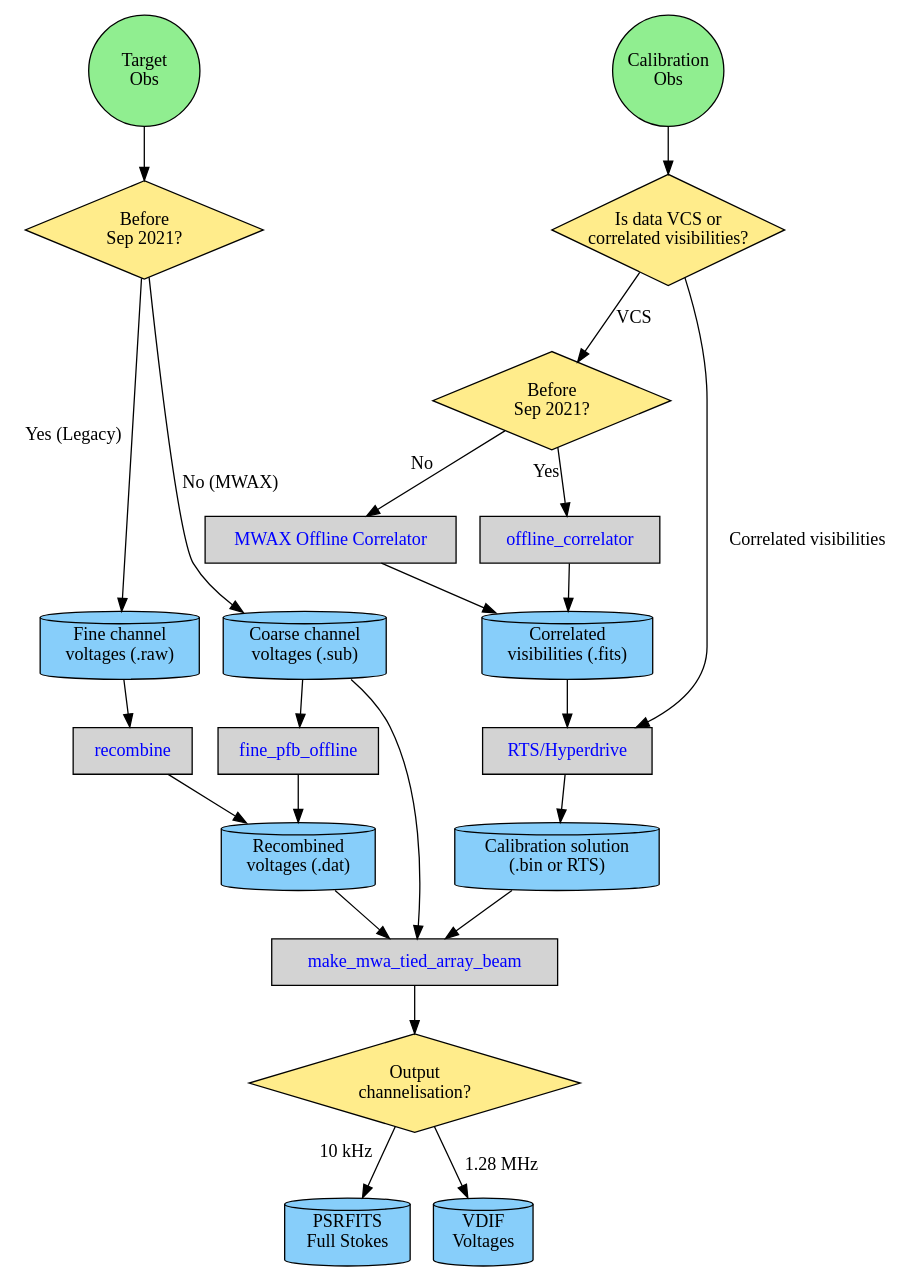
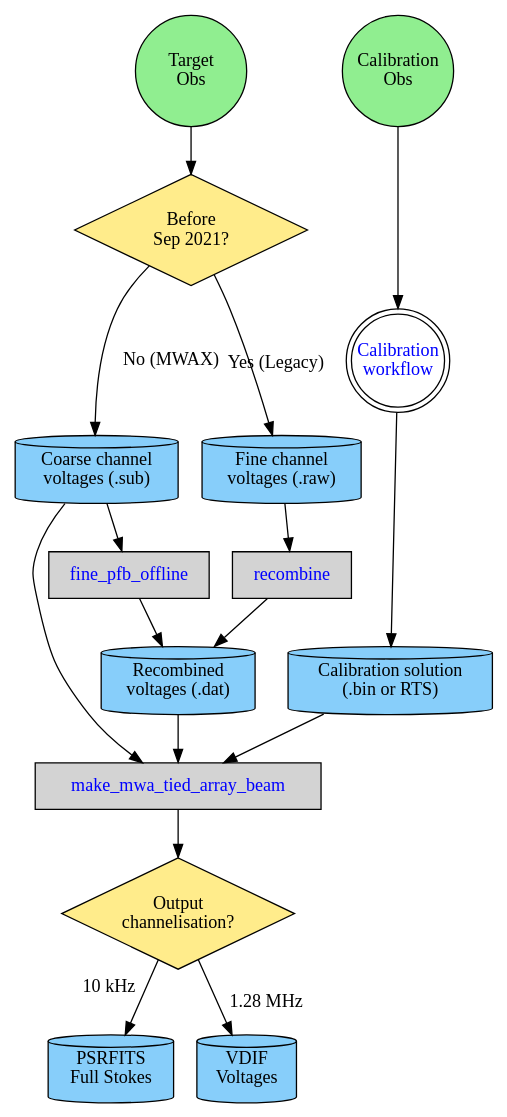
The diagram in doc/images/beamforming.dot (CIRA-Pulsars-and-Transients-Group/vcsbeam), drawn with Graphviz before and after one commit. The commit also changed 2 other files, not shown here.

Commit message:
Separated out the calibration pipeline to the calibration workflow page

```diff
--- a/doc/images/beamforming.dot
+++ b/doc/images/beamforming.dot
@@ -1,49 +1,37 @@
 digraph overview {
     node [ shape=cylinder, style="filled" ];
     //splines = curved;
 
     targetobs [ label="Target\nObs", shape=circle, fixedsize=true, width=1.2, fillcolor=lightgreen ];
     calobs [ label="Calibration\nObs", shape=circle, fixedsize=true, width=1.2, fillcolor=lightgreen ];
-    calvcs [ label="Is data VCS or\ncorrelated visibilities?", shape=diamond, fillcolor=lightgoldenrod1, fixedsize=true, width=2.5, height=1.2 ];
-    date [ label="Before\nSep 2021?", shape=diamond, fillcolor=lightgoldenrod1 ];
-    date2 [ label="Before\nSep 2021?", shape=diamond, fillcolor=lightgoldenrod1 ];
+    date [ label="Before\nSep 2021?", shape=diamond, fillcolor=lightgoldenrod1, fixedsize=true, width=2.5, height=1.2 ];
     raw [ label="Fine channel\nvoltages (.raw)", fillcolor=lightskyblue ];
     sub [ label="Coarse channel\nvoltages (.sub)", fillcolor=lightskyblue ];
     dat [ label="Recombined\nvoltages (.dat)", fillcolor=lightskyblue ];
-    vis [ label="Correlated\nvisibilities (.fits)", fillcolor=lightskyblue ];
-    outputchannelisation [ label="Output\nchannelisation?", shape=diamond, fillcolor=lightgoldenrod1 ];
+    outputchannelisation [ label="Output\nchannelisation?", shape=diamond, fillcolor=lightgoldenrod1, fixedsize=true, width=2.5, height=1.2 ];
     psrfits [ label="PSRFITS\nFull Stokes", fillcolor=lightskyblue ];
     vdif [ label="VDIF\nVoltages", fillcolor=lightskyblue ];
     calsol [ label="Calibration solution\n(.bin or RTS)", fillcolor=lightskyblue ];
     recombine [ label="recombine", shape=record, href="https://github.com/ICRAR/mwa-voltage.git", fontcolor=blue ];
     tiedarray [ label="make_mwa_tied_array_beam", shape=record, href="@ref applicationsmakemwatiedarraybeam", fontcolor=blue ];
-    rts [ label="RTS/Hyperdrive", shape=record, href="@ref usersguidecalibration", fontcolor=blue ];
     targetobs -> date;
     date -> raw [ xlabel="Yes (Legacy)" ];
     date -> sub [ label="No (MWAX)" ];
     sub -> tiedarray;
+    callink [ label="Calibration\nworkflow", shape=doublecircle, fillcolor=white, fixedsize=true, width=1.0, href="@ref usersguidecalibration", fontcolor=blue ];
 
     offlinepfb [ label="fine_pfb_offline", shape=record, href="@ref applicationsfinepfboffline", fontcolor=blue ];
-    offlinecorrlegacy [ label="offline_correlator", shape=record, href="@ref applicationsofflinecorrelator", fontcolor=blue ];
-    offlinecorrmwax [ label="MWAX Offline Correlator", shape=record, href="https://wiki.mwatelescope.org/display/MP/MWAX+Offline+Correlator", fontcolor=blue ];
 
     raw -> recombine -> dat;
     sub -> offlinepfb -> dat;
     dat -> tiedarray -> outputchannelisation;
     outputchannelisation -> psrfits [ xlabel="10 kHz" ];
     outputchannelisation -> vdif [ label="1.28 MHz" ];
     calsol -> tiedarray;
-    calobs -> calvcs;
-    calvcs -> date2 [ label="VCS" ];
-    date2 -> offlinecorrlegacy [ xlabel="Yes" ];
-    date2 -> offlinecorrmwax [ xlabel="No" ];
-    offlinecorrlegacy -> vis;
-    offlinecorrmwax -> vis;
-    calvcs -> rts [ label="Correlated visibilities" ];
-    vis -> rts -> calsol;
+
+    calobs -> callink -> calsol;
 
     {rank = same; targetobs; calobs; }
-    {rank = same; date; calvcs; }
     {rank = same; raw; sub;}
     {rank = same; dat; calsol;}
 }
```
